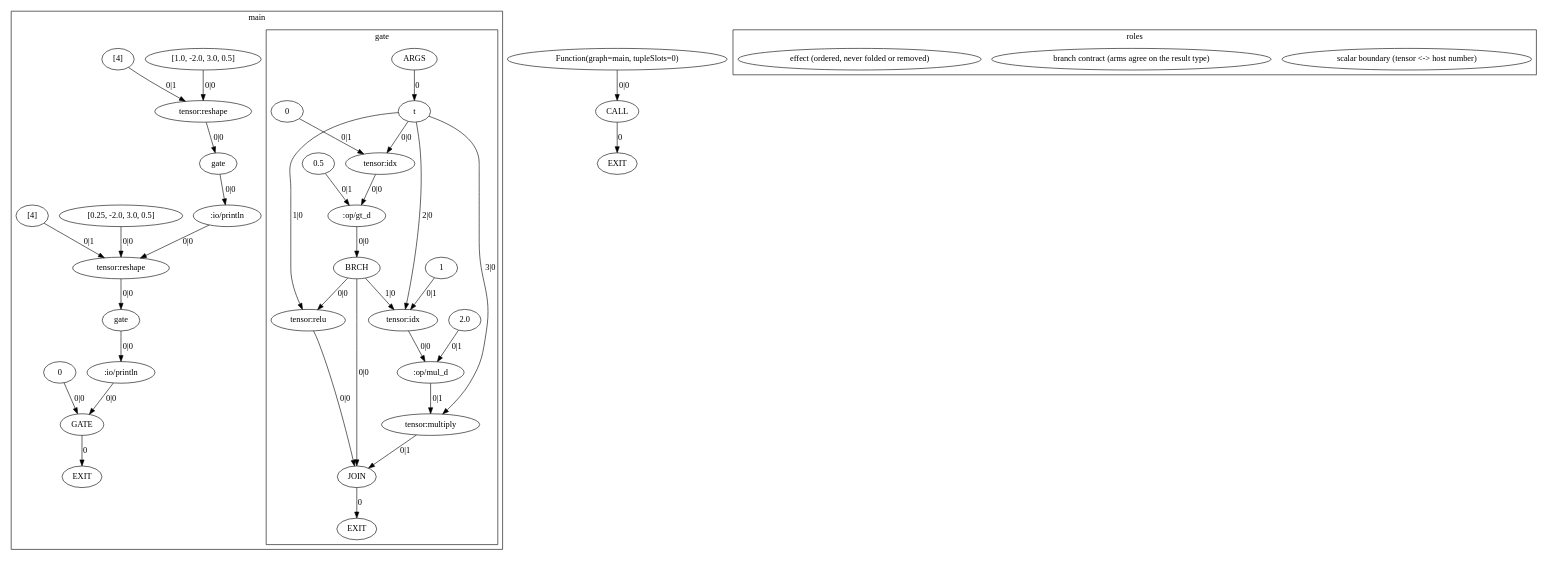
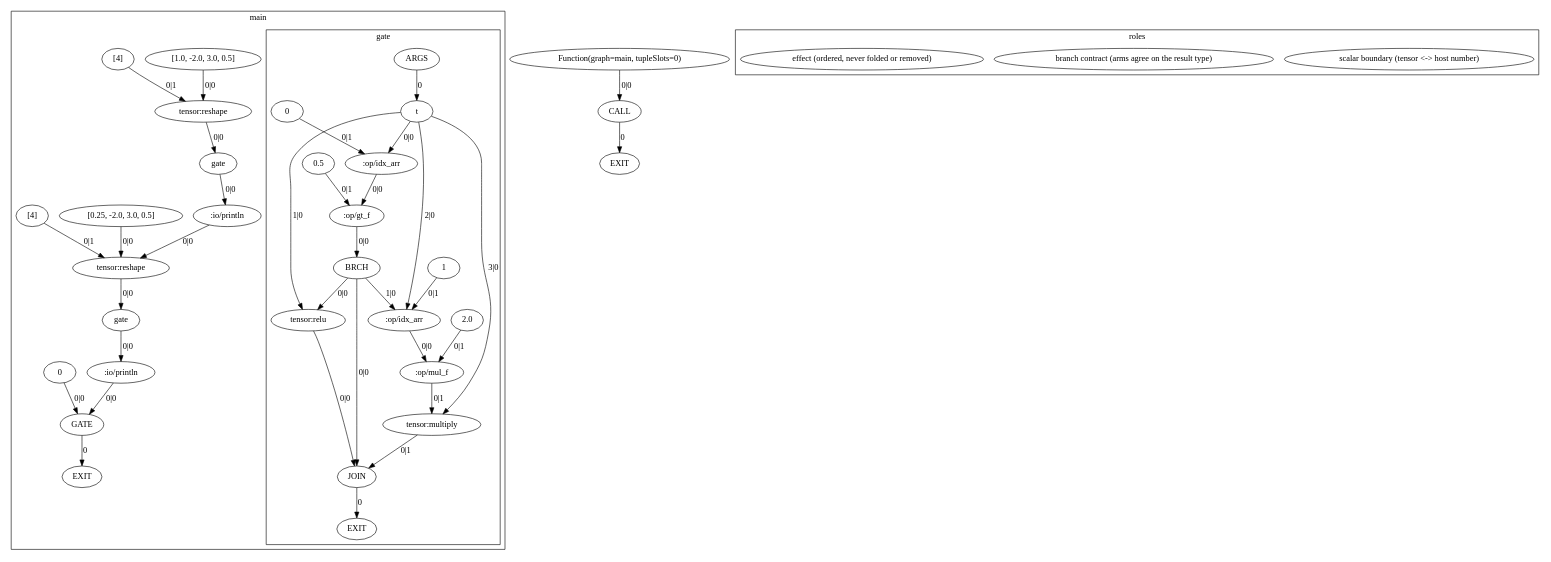
Before and after one commit to OpenCML/Camel: the diagram in exemplars/01_scalar_boundary/expected/dump.agir.dot, drawn with Graphviz. The commit also changed 18 other files, not shown here.

```diff
--- a/exemplars/01_scalar_boundary/expected/dump.agir.dot
+++ b/exemplars/01_scalar_boundary/expected/dump.agir.dot
@@ -1,78 +1,78 @@
 digraph GraphIR {
     subgraph cluster_F01 {
         label="main";
         subgraph cluster_F02 {
             label="gate";
             F02 [label="ARGS", type="ARGS"];
             O02 [label="EXIT", type="EXIT"];
-            N00 [label="t", type="PORT", param_name="t", param_kind="normal", param_index="0", value_type="Tensor"];
-            N01 [label="0", type="DATA", origin=<ORIGIN>, span="11:16-11:17", srcfile="exemplars/01_scalar_boundary/program.cml", value_type="int"];
-            N02 [label="tensor:idx", type="OPER", role="scalar-boundary", origin=<ORIGIN>, span="11:15-11:16", srcfile="exemplars/01_scalar_boundary/program.cml", value_type="float"];
-            N03 [label="0.5", type="DATA", origin=<ORIGIN>, span="11:21-11:24", srcfile="exemplars/01_scalar_boundary/program.cml", value_type="float"];
-            N04 [label=":op/gt_d", type="OPER", origin=<ORIGIN>, span="11:19-11:20", srcfile="exemplars/01_scalar_boundary/program.cml", value_type="bool"];
-            N05 [label="JOIN", type="JOIN", role="branch-contract", origin=<ORIGIN>, span="11:11-11:59", srcfile="exemplars/01_scalar_boundary/program.cml", value_type="Tensor"];
-            N06 [label="BRCH", type="BRCH", origin=<ORIGIN>, span="11:11-11:59", srcfile="exemplars/01_scalar_boundary/program.cml", value_type="int"];
-            N07 [label="tensor:relu", type="OPER", origin=<ORIGIN>, span="11:30-11:34", srcfile="exemplars/01_scalar_boundary/program.cml", value_type="Tensor"];
-            N08 [label="1", type="DATA", origin=<ORIGIN>, span="11:50-11:51", srcfile="exemplars/01_scalar_boundary/program.cml", value_type="int"];
-            N09 [label="tensor:idx", type="OPER", role="scalar-boundary", origin=<ORIGIN>, span="11:49-11:50", srcfile="exemplars/01_scalar_boundary/program.cml", value_type="float"];
-            N0A [label="2.0", type="DATA", origin=<ORIGIN>, span="11:55-11:58", srcfile="exemplars/01_scalar_boundary/program.cml", value_type="float"];
-            N0B [label=":op/mul_d", type="OPER", origin=<ORIGIN>, span="11:53-11:54", srcfile="exemplars/01_scalar_boundary/program.cml", value_type="float"];
-            N0C [label="tensor:multiply", type="OPER", role="scalar-boundary", origin=<ORIGIN>, span="11:45-11:46", srcfile="exemplars/01_scalar_boundary/program.cml", value_type="Tensor"];
+            N00 [label="t", type="PORT", param_name="t", param_kind="normal", param_index="0", value_type="f32[4]"];
+            N01 [label="0", type="DATA", origin=<ORIGIN>, span="14:16-14:17", srcfile="exemplars/01_scalar_boundary/program.cml", value_type="int"];
+            N02 [label=":op/idx_arr", type="OPER", role="scalar-boundary", origin=<ORIGIN>, span="14:15-14:16", srcfile="exemplars/01_scalar_boundary/program.cml", value_type="f32"];
+            N03 [label="0.5", type="DATA", origin=<ORIGIN>, span="14:21-14:24", srcfile="exemplars/01_scalar_boundary/program.cml", value_type="f32"];
+            N04 [label=":op/gt_f", type="OPER", origin=<ORIGIN>, span="14:19-14:20", srcfile="exemplars/01_scalar_boundary/program.cml", value_type="bool"];
+            N05 [label="JOIN", type="JOIN", role="branch-contract", origin=<ORIGIN>, span="14:11-14:59", srcfile="exemplars/01_scalar_boundary/program.cml", value_type="f32[4]"];
+            N06 [label="BRCH", type="BRCH", origin=<ORIGIN>, span="14:11-14:59", srcfile="exemplars/01_scalar_boundary/program.cml", value_type="int"];
+            N07 [label="tensor:relu", type="OPER", origin=<ORIGIN>, span="14:30-14:34", srcfile="exemplars/01_scalar_boundary/program.cml", value_type="f32[4]"];
+            N08 [label="1", type="DATA", origin=<ORIGIN>, span="14:50-14:51", srcfile="exemplars/01_scalar_boundary/program.cml", value_type="int"];
+            N09 [label=":op/idx_arr", type="OPER", role="scalar-boundary", origin=<ORIGIN>, span="14:49-14:50", srcfile="exemplars/01_scalar_boundary/program.cml", value_type="f32"];
+            N0A [label="2.0", type="DATA", origin=<ORIGIN>, span="14:55-14:58", srcfile="exemplars/01_scalar_boundary/program.cml", value_type="f32"];
+            N0B [label=":op/mul_f", type="OPER", origin=<ORIGIN>, span="14:53-14:54", srcfile="exemplars/01_scalar_boundary/program.cml", value_type="f32"];
+            N0C [label="tensor:multiply", type="OPER", role="scalar-boundary", origin=<ORIGIN>, span="14:45-14:46", srcfile="exemplars/01_scalar_boundary/program.cml", value_type="f32[4]"];
             F02 -> N00 [label="0", type="NORM_PORT"];
             N05 -> O02 [label="0", type="EXIT"];
             N00 -> N02 [label="0|0", type="NORM"];
             N01 -> N02 [label="0|1", type="NORM"];
             N02 -> N04 [label="0|0", type="NORM"];
             N03 -> N04 [label="0|1", type="NORM"];
             N07 -> N05 [label="0|0", type="WITH"];
             N0C -> N05 [label="0|1", type="WITH"];
             N06 -> N05 [label="0|0", type="NORM"];
             N04 -> N06 [label="0|0", type="NORM"];
             N00 -> N07 [label="1|0", type="NORM"];
             N06 -> N07 [label="0|0", type="CTRL"];
             N00 -> N09 [label="2|0", type="NORM"];
             N08 -> N09 [label="0|1", type="NORM"];
             N06 -> N09 [label="1|0", type="CTRL"];
             N09 -> N0B [label="0|0", type="NORM"];
             N0A -> N0B [label="0|1", type="NORM"];
             N00 -> N0C [label="3|0", type="NORM"];
             N0B -> N0C [label="0|1", type="NORM"];
         }
         O01 [label="EXIT", type="EXIT"];
-        N0D [label="[1.0, -2.0, 3.0, 0.5]", type="DATA", origin=<ORIGIN>, span="15:25-15:55", srcfile="exemplars/01_scalar_boundary/program.cml", value_type="f32[]"];
-        N0E [label="[4]", type="DATA", origin=<ORIGIN>, span="15:57-15:60", srcfile="exemplars/01_scalar_boundary/program.cml", value_type="int[]"];
-        N0F [label="tensor:reshape", type="OPER", origin=<ORIGIN>, span="15:17-15:24", srcfile="exemplars/01_scalar_boundary/program.cml", value_type="Tensor<float32, [4]>"];
-        N10 [label="gate", type="FUNC", origin=<ORIGIN>, span="15:12-15:62", srcfile="exemplars/01_scalar_boundary/program.cml", value_type="Tensor"];
-        N11 [label=":io/println", type="OPER", role="effect", origin=<ORIGIN>, span="15:4-15:11", srcfile="exemplars/01_scalar_boundary/program.cml", value_type="Tensor"];
-        N12 [label="[0.25, -2.0, 3.0, 0.5]", type="DATA", origin=<ORIGIN>, span="16:25-16:56", srcfile="exemplars/01_scalar_boundary/program.cml", value_type="f32[]"];
-        N13 [label="[4]", type="DATA", origin=<ORIGIN>, span="16:58-16:61", srcfile="exemplars/01_scalar_boundary/program.cml", value_type="int[]"];
-        N14 [label="tensor:reshape", type="OPER", origin=<ORIGIN>, span="16:17-16:24", srcfile="exemplars/01_scalar_boundary/program.cml", value_type="Tensor<float32, [4]>"];
-        N15 [label="gate", type="FUNC", origin=<ORIGIN>, span="16:12-16:63", srcfile="exemplars/01_scalar_boundary/program.cml", value_type="Tensor"];
-        N16 [label=":io/println", type="OPER", role="effect", origin=<ORIGIN>, span="16:4-16:11", srcfile="exemplars/01_scalar_boundary/program.cml", value_type="Tensor"];
-        N17 [label="0", type="DATA", origin=<ORIGIN>, span="17:11-17:12", srcfile="exemplars/01_scalar_boundary/program.cml", value_type="int"];
+        N0D [label="[1.0, -2.0, 3.0, 0.5]", type="DATA", origin=<ORIGIN>, span="18:25-18:55", srcfile="exemplars/01_scalar_boundary/program.cml", value_type="f32[]"];
+        N0E [label="[4]", type="DATA", origin=<ORIGIN>, span="18:57-18:60", srcfile="exemplars/01_scalar_boundary/program.cml", value_type="int[]"];
+        N0F [label="tensor:reshape", type="OPER", origin=<ORIGIN>, span="18:17-18:24", srcfile="exemplars/01_scalar_boundary/program.cml", value_type="f32[4]"];
+        N10 [label="gate", type="FUNC", origin=<ORIGIN>, span="18:12-18:62", srcfile="exemplars/01_scalar_boundary/program.cml", value_type="f32[4]"];
+        N11 [label=":io/println", type="OPER", role="effect", origin=<ORIGIN>, span="18:4-18:11", srcfile="exemplars/01_scalar_boundary/program.cml", value_type="f32[4]"];
+        N12 [label="[0.25, -2.0, 3.0, 0.5]", type="DATA", origin=<ORIGIN>, span="19:25-19:56", srcfile="exemplars/01_scalar_boundary/program.cml", value_type="f32[]"];
+        N13 [label="[4]", type="DATA", origin=<ORIGIN>, span="19:58-19:61", srcfile="exemplars/01_scalar_boundary/program.cml", value_type="int[]"];
+        N14 [label="tensor:reshape", type="OPER", origin=<ORIGIN>, span="19:17-19:24", srcfile="exemplars/01_scalar_boundary/program.cml", value_type="f32[4]"];
+        N15 [label="gate", type="FUNC", origin=<ORIGIN>, span="19:12-19:63", srcfile="exemplars/01_scalar_boundary/program.cml", value_type="f32[4]"];
+        N16 [label=":io/println", type="OPER", role="effect", origin=<ORIGIN>, span="19:4-19:11", srcfile="exemplars/01_scalar_boundary/program.cml", value_type="f32[4]"];
+        N17 [label="0", type="DATA", origin=<ORIGIN>, span="20:11-20:12", srcfile="exemplars/01_scalar_boundary/program.cml", value_type="int"];
         N18 [label="GATE", type="GATE", value_type="int"];
         N18 -> O01 [label="0", type="EXIT"];
         N0D -> N0F [label="0|0", type="NORM"];
         N0E -> N0F [label="0|1", type="NORM"];
         N0F -> N10 [label="0|0", type="NORM"];
         N10 -> N11 [label="0|0", type="NORM"];
         N12 -> N14 [label="0|0", type="NORM"];
         N13 -> N14 [label="0|1", type="NORM"];
         N11 -> N14 [label="0|0", type="CTRL"];
         N14 -> N15 [label="0|0", type="NORM"];
         N15 -> N16 [label="0|0", type="NORM"];
         N17 -> N18 [label="0|0", type="NORM"];
         N16 -> N18 [label="0|0", type="CTRL"];
     }
     O00 [label="EXIT", type="EXIT"];
-    N19 [label="Function(graph=main, tupleSlots=0)", type="DATA", origin=<ORIGIN>, span="14:0-18:1", srcfile="exemplars/01_scalar_boundary/program.cml", value_type="() => int"];
+    N19 [label="Function(graph=main, tupleSlots=0)", type="DATA", origin=<ORIGIN>, span="17:0-21:1", srcfile="exemplars/01_scalar_boundary/program.cml", value_type="() => int"];
     N1A [label="CALL", type="CALL", value_type="int"];
     N1A -> O00 [label="0", type="EXIT"];
     N19 -> N1A [label="0|0", type="WITH"];
     subgraph cluster_legend {
         label="roles";
         "legend_scalar-boundary" [label="scalar boundary (tensor <-> host number)", type="LEGEND", role="scalar-boundary"];
         "legend_branch-contract" [label="branch contract (arms agree on the result type)", type="LEGEND", role="branch-contract"];
         "legend_effect" [label="effect (ordered, never folded or removed)", type="LEGEND", role="effect"];
     }
 }
```
